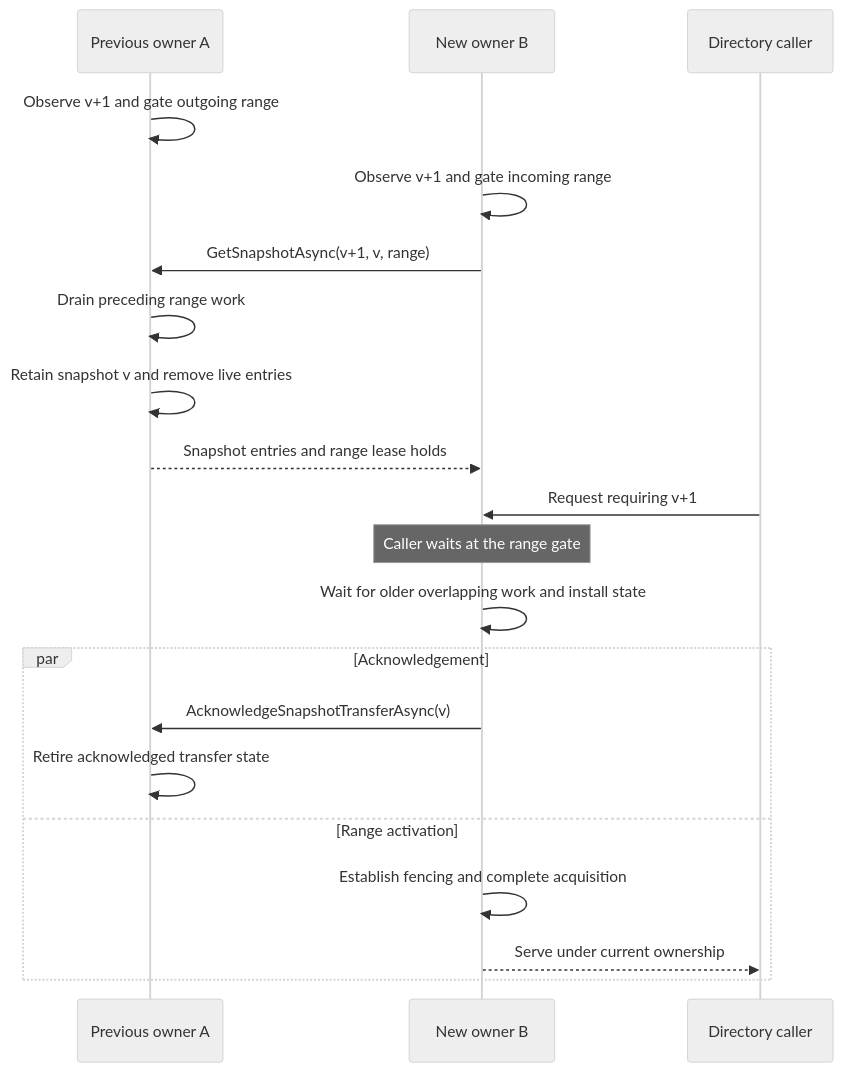
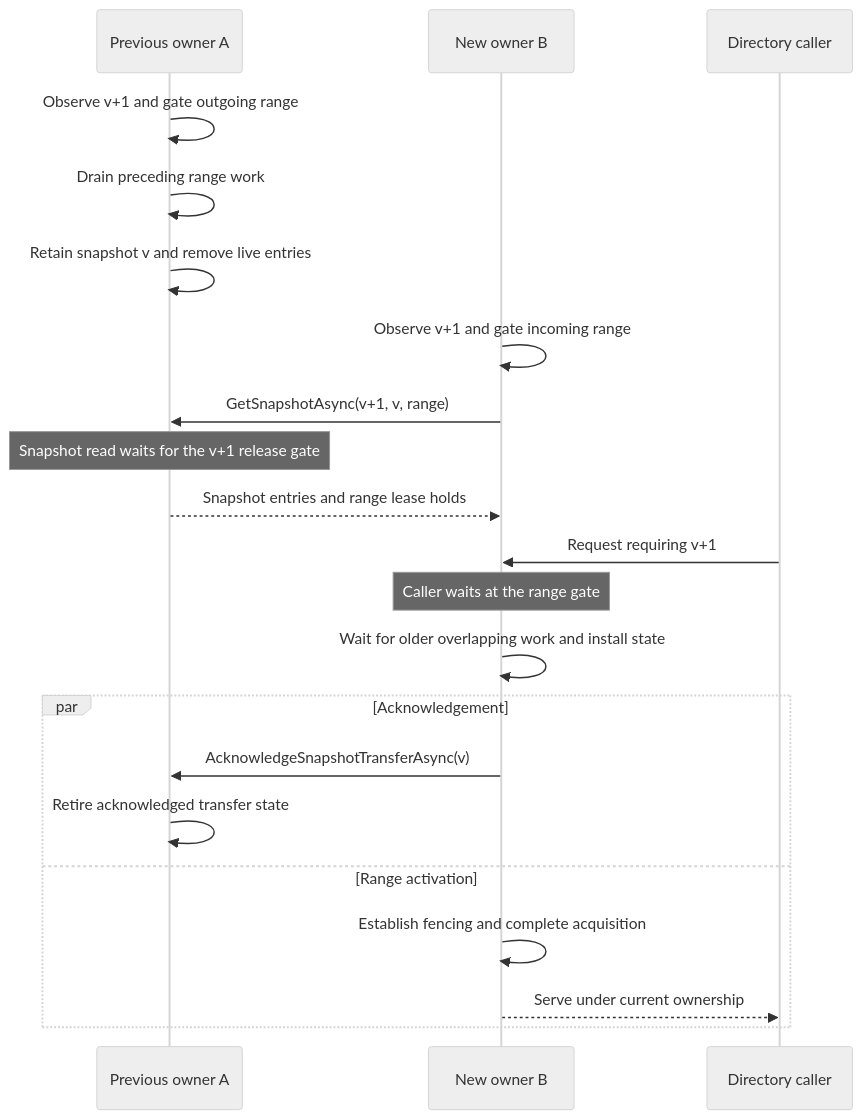
One commit to ReubenBond/orleans changed the second of 2 diagrams in docs/site/src/content/docs/implementation/view-synchronous-cluster-services.md. Above: the diagram before and after it, drawn with Mermaid (neutral theme). The commit also changed other lines of this file and 3 other files, not shown here.

````diff
--- a/docs/site/src/content/docs/implementation/view-synchronous-cluster-services.md
+++ b/docs/site/src/content/docs/implementation/view-synchronous-cluster-services.md
@@ -120,23 +138,24 @@
 ```mermaid
 sequenceDiagram
     participant Old as Previous owner A
     participant New as New owner B
     participant Caller as Directory caller
 
     Old->>Old: Observe v+1 and gate outgoing range
+    Old->>Old: Drain preceding range work
+    Old->>Old: Retain snapshot v and remove live entries
     New->>New: Observe v+1 and gate incoming range
     New->>Old: GetSnapshotAsync(v+1, v, range)
-    Old->>Old: Drain preceding range work
-    Old->>Old: Retain snapshot v and remove live entries
+    Note over Old: Snapshot read waits for the v+1 release gate
     Old-->>New: Snapshot entries and range lease holds
     Caller->>New: Request requiring v+1
     Note over New: Caller waits at the range gate
     New->>New: Wait for older overlapping work and install state
     par Acknowledgement
         New->>Old: AcknowledgeSnapshotTransferAsync(v)
         Old->>Old: Retire acknowledged transfer state
     and Range activation
         New->>New: Establish fencing and complete acquisition
         New-->>Caller: Serve under current ownership
     end
 ```
````
